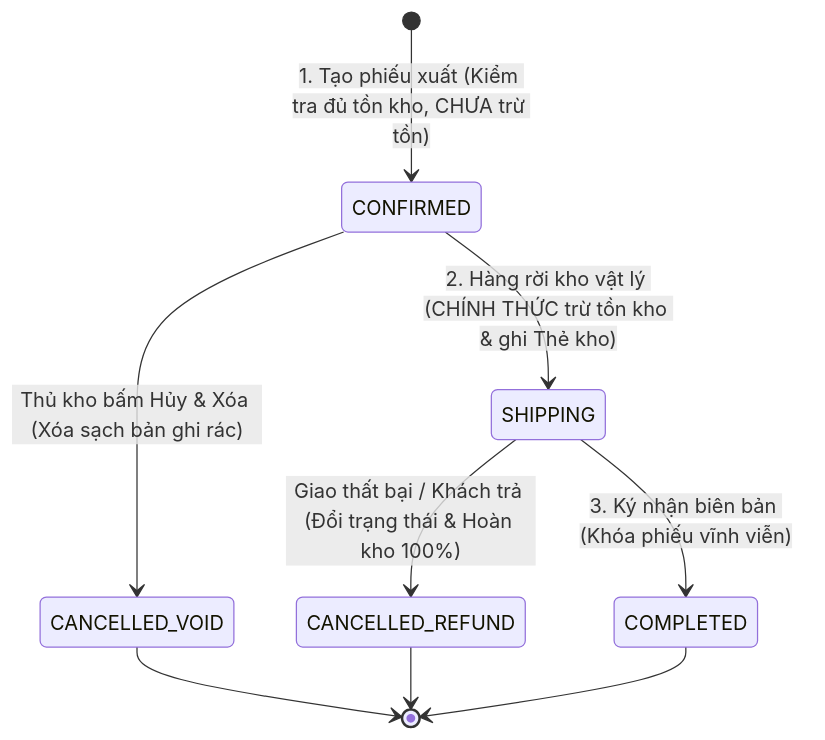
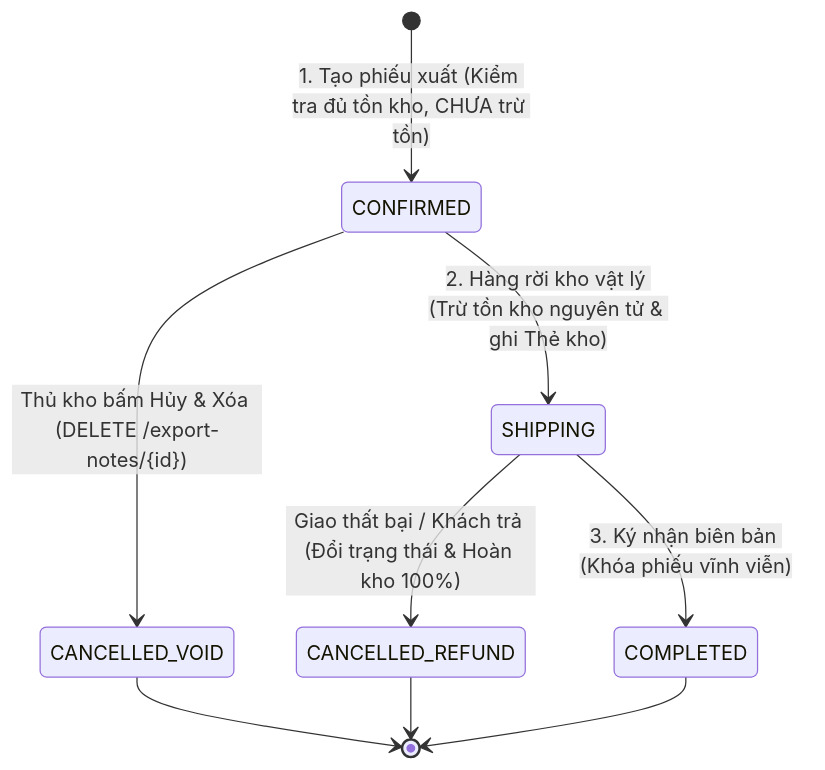
Before and after one commit to dtc245090028-ui/gemini: the first of 3 diagrams in hệ thống quản lý kho/docs/SDLC/final/01_Final_Technical_Report.md, drawn with Mermaid. The commit also changed other lines of this file and 128 other files, not shown here.

````diff
--- a/hệ thống quản lý kho/docs/SDLC/final/01_Final_Technical_Report.md
+++ b/hệ thống quản lý kho/docs/SDLC/final/01_Final_Technical_Report.md
@@ -77,11 +82,11 @@
 ```mermaid
 stateDiagram-v2
     [*] --> CONFIRMED: 1. Tạo phiếu xuất (Kiểm tra đủ tồn kho, CHƯA trừ tồn)
-    CONFIRMED --> CANCELLED_VOID: Thủ kho bấm Hủy & Xóa (Xóa sạch bản ghi rác)
-    CONFIRMED --> SHIPPING: 2. Hàng rời kho vật lý (CHÍNH THỨC trừ tồn kho & ghi Thẻ kho)
+    CONFIRMED --> CANCELLED_VOID: Thủ kho bấm Hủy & Xóa (DELETE /export-notes/{id})
+    CONFIRMED --> SHIPPING: 2. Hàng rời kho vật lý (Trừ tồn kho nguyên tử & ghi Thẻ kho)
     SHIPPING --> CANCELLED_REFUND: Giao thất bại / Khách trả (Đổi trạng thái & Hoàn kho 100%)
     SHIPPING --> COMPLETED: 3. Ký nhận biên bản (Khóa phiếu vĩnh viễn)
     COMPLETED --> [*]
     CANCELLED_VOID --> [*]
     CANCELLED_REFUND --> [*]
 ```
````
